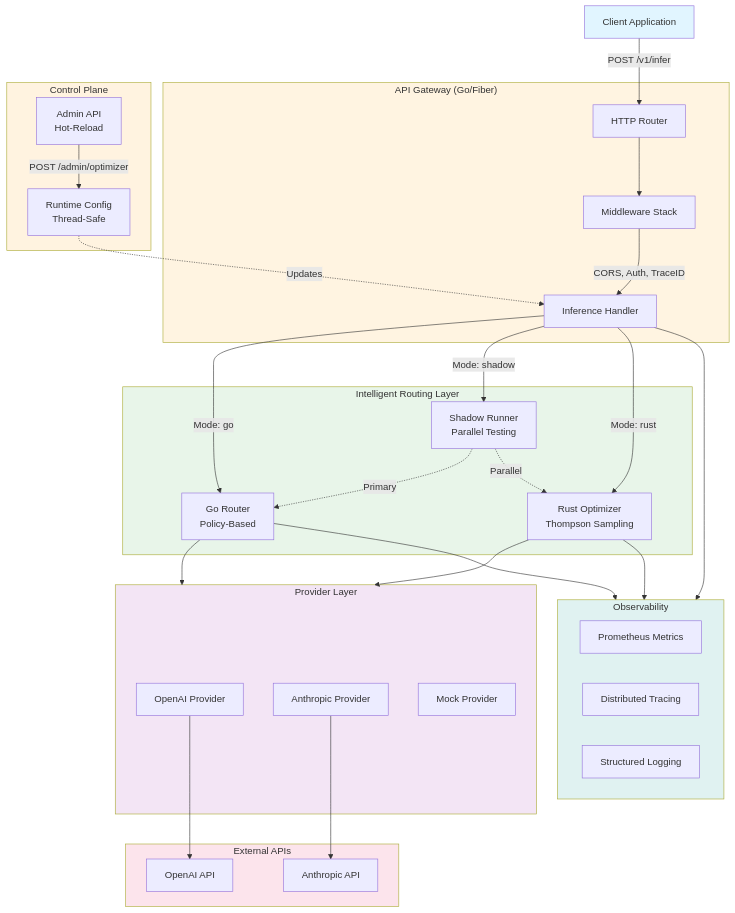
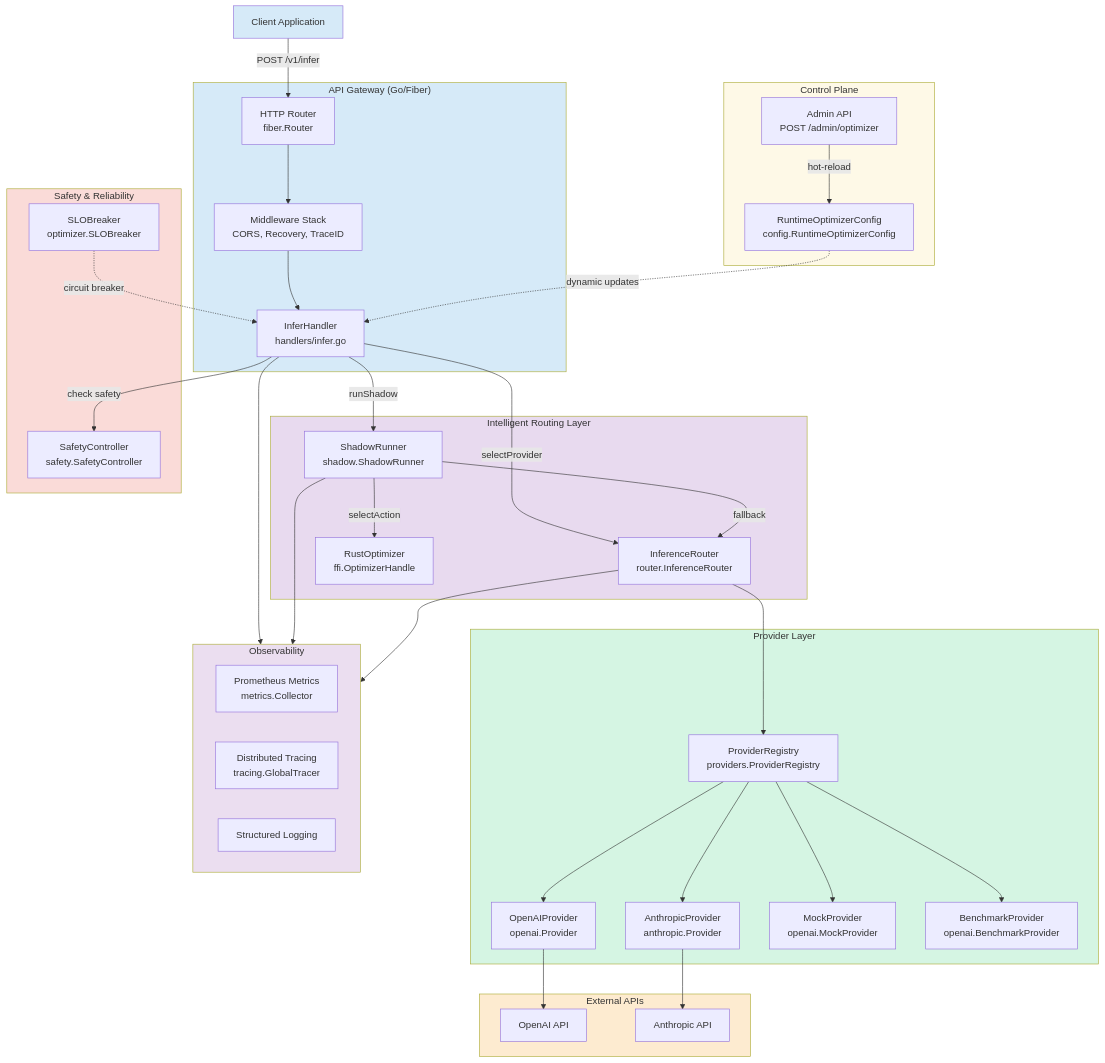
One commit to rapture-fx/igris changed the diagram in docs/diagrams/01-system-overview.mmd. Above: the diagram before and after it, drawn with Mermaid. The commit also changed 12 other files, not shown here.

```diff
--- a/docs/diagrams/01-system-overview.mmd
+++ b/docs/diagrams/01-system-overview.mmd
@@ -1,71 +1,85 @@
 %% Schlep-Engine System Overview Diagram
 %% Render with: https://mermaid.live or any Mermaid-compatible tool
+%% Updated: 2025-10-20 - Synchronized with codebase
 
 graph TB
     Client[Client Application]
 
     subgraph Gateway["API Gateway (Go/Fiber)"]
-        Router[HTTP Router]
-        Middleware[Middleware Stack]
-        Handler[Inference Handler]
+        Router[HTTP Router<br/>fiber.Router]
+        Middleware[Middleware Stack<br/>CORS, Recovery, TraceID]
+        InferHandler[InferHandler<br/>handlers/infer.go]
     end
 
     subgraph Routing["Intelligent Routing Layer"]
-        GoRouter[Go Router<br/>Policy-Based]
-        RustOpt[Rust Optimizer<br/>Thompson Sampling]
-        Shadow[Shadow Runner<br/>Parallel Testing]
+        InferenceRouter[InferenceRouter<br/>router.InferenceRouter]
+        ShadowRunner[ShadowRunner<br/>shadow.ShadowRunner]
+        RustOptimizer[RustOptimizer<br/>ffi.OptimizerHandle]
     end
 
     subgraph Providers["Provider Layer"]
-        OpenAI[OpenAI Provider]
-        Anthropic[Anthropic Provider]
-        Mock[Mock Provider]
+        ProviderRegistry[ProviderRegistry<br/>providers.ProviderRegistry]
+        OpenAIProvider[OpenAIProvider<br/>openai.Provider]
+        AnthropicProvider[AnthropicProvider<br/>anthropic.Provider]
+        MockProvider[MockProvider<br/>openai.MockProvider]
+        BenchmarkProvider[BenchmarkProvider<br/>openai.BenchmarkProvider]
     end
 
     subgraph External["External APIs"]
         OpenAI_API[OpenAI API]
         Anthropic_API[Anthropic API]
     end
 
     subgraph Observability["Observability"]
-        Prometheus[Prometheus Metrics]
-        Traces[Distributed Tracing]
+        Prometheus[Prometheus Metrics<br/>metrics.Collector]
+        Traces[Distributed Tracing<br/>tracing.GlobalTracer]
         Logs[Structured Logging]
     end
 
     subgraph Control["Control Plane"]
-        Admin[Admin API<br/>Hot-Reload]
-        Config[Runtime Config<br/>Thread-Safe]
+        Admin[Admin API<br/>POST /admin/optimizer]
+        RuntimeConfig[RuntimeOptimizerConfig<br/>config.RuntimeOptimizerConfig]
+    end
+
+    subgraph Safety["Safety & Reliability"]
+        SafetyController[SafetyController<br/>safety.SafetyController]
+        SLOBreaker[SLOBreaker<br/>optimizer.SLOBreaker]
     end
 
     Client -->|POST /v1/infer| Router
     Router --> Middleware
-    Middleware -->|CORS, Auth, TraceID| Handler
+    Middleware --> InferHandler
 
-    Handler -->|Mode: go| GoRouter
-    Handler -->|Mode: shadow| Shadow
-    Handler -->|Mode: rust| RustOpt
+    InferHandler -->|selectProvider| InferenceRouter
+    InferHandler -->|runShadow| ShadowRunner
+    InferHandler -->|check safety| SafetyController
 
-    Shadow -.->|Primary| GoRouter
-    Shadow -.->|Parallel| RustOpt
+    ShadowRunner -->|selectAction| RustOptimizer
+    ShadowRunner -->|fallback| InferenceRouter
 
-    GoRouter --> Providers
-    RustOpt --> Providers
+    InferenceRouter --> ProviderRegistry
+    ProviderRegistry --> OpenAIProvider
+    ProviderRegistry --> AnthropicProvider
+    ProviderRegistry --> MockProvider
+    ProviderRegistry --> BenchmarkProvider
 
-    OpenAI --> OpenAI_API
-    Anthropic --> Anthropic_API
+    OpenAIProvider --> OpenAI_API
+    AnthropicProvider --> Anthropic_API
 
-    Handler --> Observability
-    GoRouter --> Observability
-    RustOpt --> Observability
+    InferHandler --> Observability
+    ShadowRunner --> Observability
+    InferenceRouter --> Observability
 
-    Admin -->|POST /admin/optimizer| Config
-    Config -.->|Updates| Handler
+    Admin -->|hot-reload| RuntimeConfig
+    RuntimeConfig -.->|dynamic updates| InferHandler
 
-    style Client fill:#e1f5ff
-    style Gateway fill:#fff4e1
-    style Routing fill:#e8f5e9
-    style Providers fill:#f3e5f5
-    style External fill:#fce4ec
-    style Observability fill:#e0f2f1
-    style Control fill:#fff3e0
+    SLOBreaker -.->|circuit breaker| InferHandler
+
+    style Client fill:#D6EAF8
+    style Gateway fill:#D6EAF8
+    style Routing fill:#E8DAEF
+    style Providers fill:#D5F5E3
+    style External fill:#FDEBD0
+    style Observability fill:#EBDEF0
+    style Control fill:#FEF9E7
+    style Safety fill:#FADBD8
```
